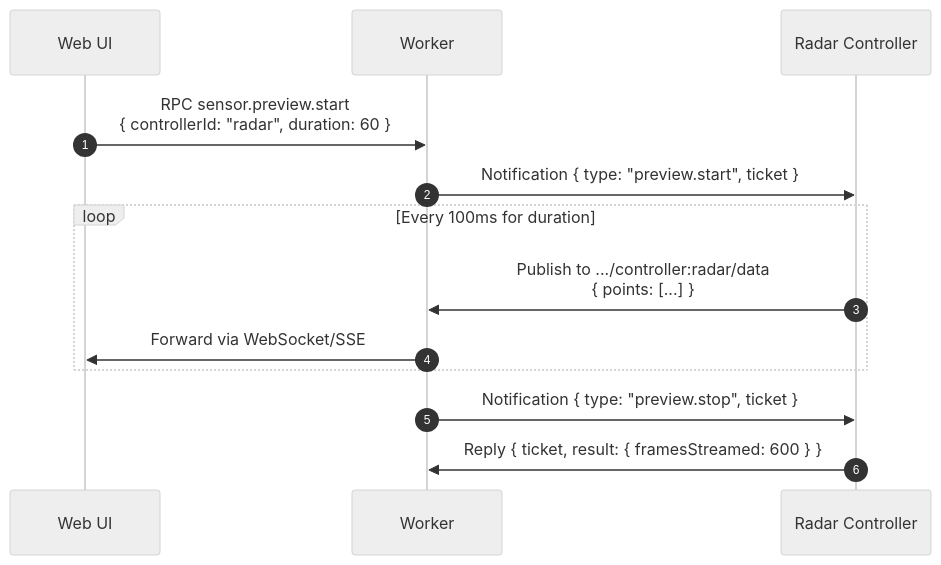
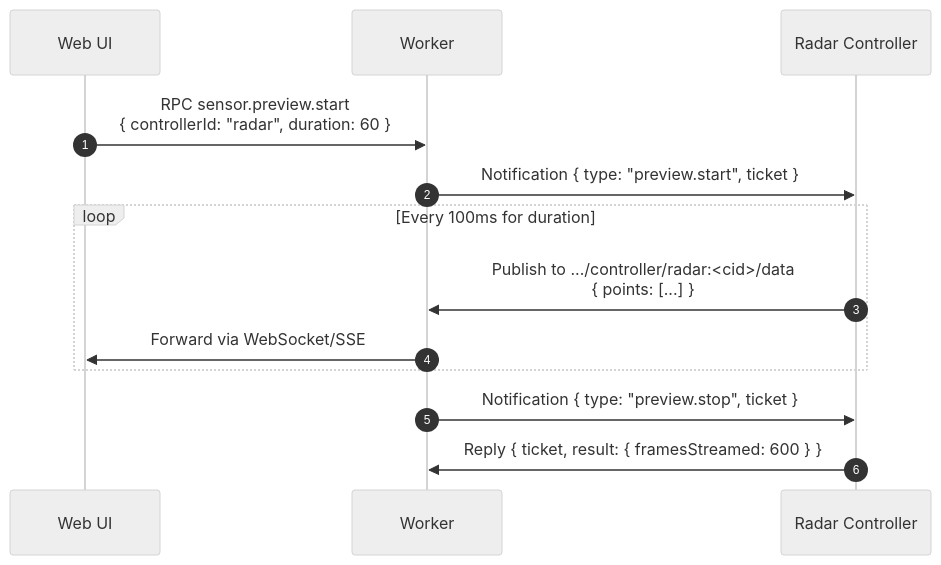
Before and after one commit to Tis1201/data_fs04: the fourth of 5 diagrams in docs/architecture/device/mqtt/controllers/CONTROLLER.md, drawn with Mermaid (neutral theme). The commit also changed other lines of this file and 8 other files, not shown here.

````diff
--- a/docs/architecture/device/mqtt/controllers/CONTROLLER.md
+++ b/docs/architecture/device/mqtt/controllers/CONTROLLER.md
@@ -226,18 +225,18 @@
 ```mermaid
 sequenceDiagram
     autonumber
     participant U as Web UI
     participant W as Worker
     participant C as Radar Controller
 
     U->>W: RPC sensor.preview.start<br/>{ controllerId: "radar", duration: 60 }
     W->>C: Notification { type: "preview.start", ticket }
 
     loop Every 100ms for duration
-        C->>W: Publish to .../controller:radar/data<br/>{ points: [...] }
+        C->>W: Publish to .../controller/radar:<cid>/data<br/>{ points: [...] }
         W->>U: Forward via WebSocket/SSE
     end
 
     W->>C: Notification { type: "preview.stop", ticket }
     C->>W: Reply { ticket, result: { framesStreamed: 600 } }
 ```
````
